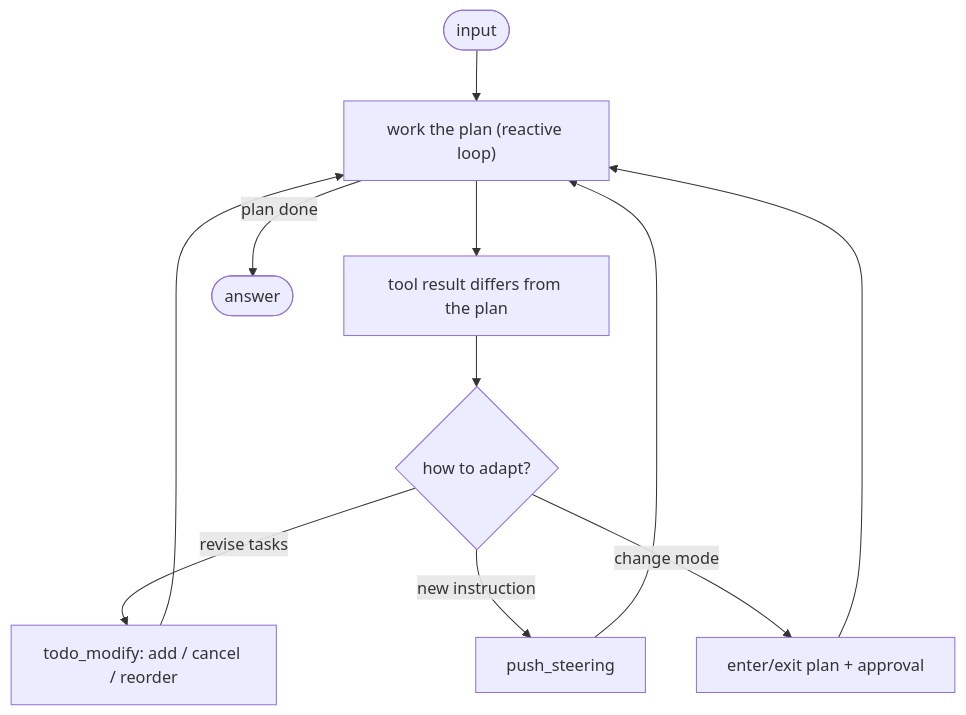
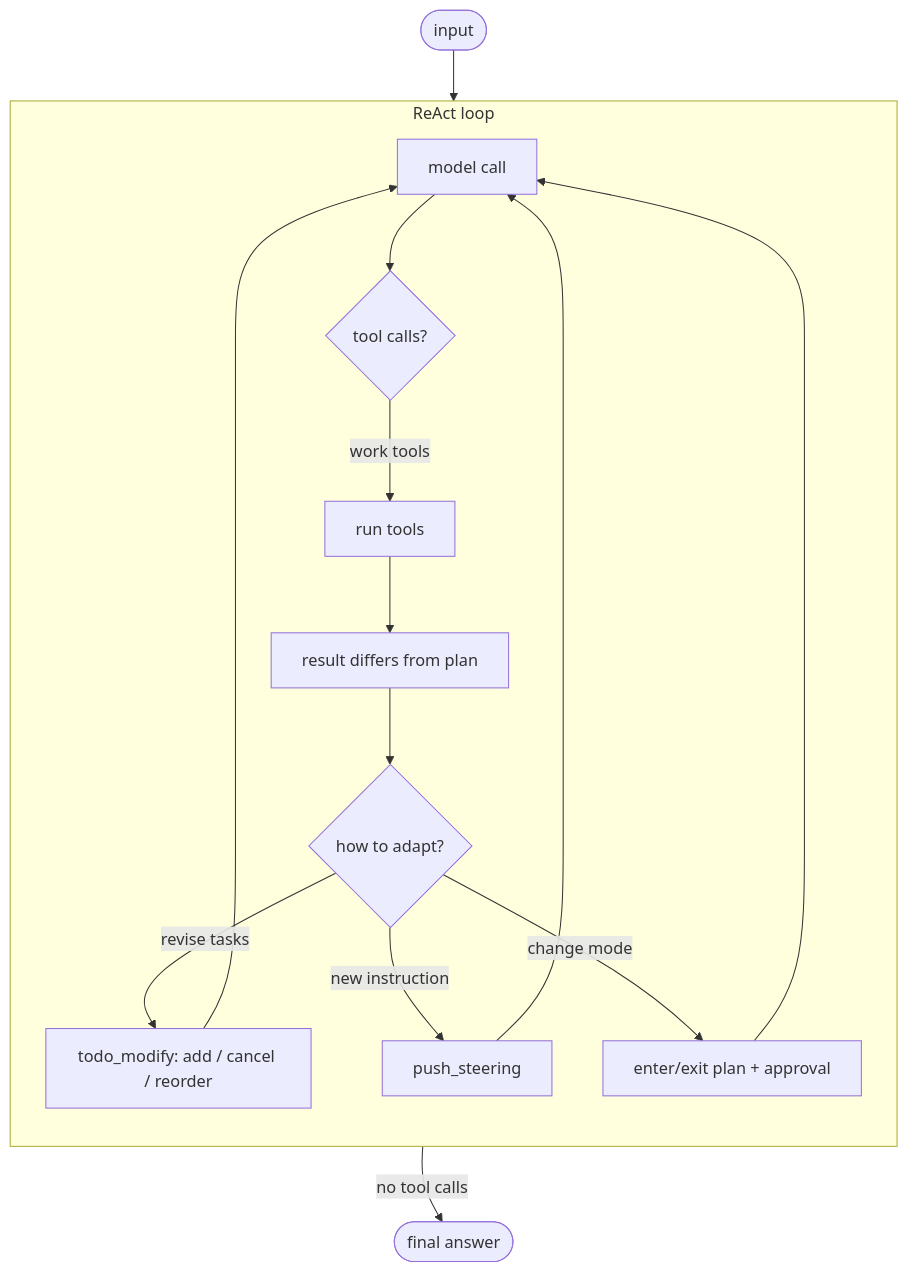
One commit to michaelatamuk/openjiuwen-jiuwenswarm changed diagram 12 of 31 in docs-michael/agent-interview-questions.md. Above: the diagram before and after it, drawn with Mermaid. The commit also changed other lines of this file, not shown here.

````diff
--- a/docs-michael/agent-interview-questions.md
+++ b/docs-michael/agent-interview-questions.md
@@ -210,13 +230,14 @@
 ```mermaid
 flowchart TD
-    I(["input"]) --> W["work the plan (reactive loop)"]
-    W --> R["tool result differs from the plan"]
-    R --> M{"how to adapt?"}
-    M -->|"revise tasks"| T["todo_modify: add / cancel / reorder"]
-    M -->|"new instruction"| S["push_steering"]
-    M -->|"change mode"| P["enter/exit plan + approval"]
-    T --> W
-    S --> W
-    P --> W
-    W -->|"plan done"| A(["answer"])
+    I(["input"]) --> M
+    subgraph LOOP["ReAct loop"]
+    direction TB
+        M["model call"] --> D{"tool calls?"}
+        D -->|"work tools"| W["run tools"] --> RC["result differs from plan"] --> AD{"how to adapt?"}
+        AD -->|"revise tasks"| T["todo_modify: add / cancel / reorder"] --> M
+        AD -->|"new instruction"| S["push_steering"] --> M
+        AD -->|"change mode"| P["enter/exit plan + approval"] --> M
+    end
+    D -->|"no tool calls"| A(["final answer"])
+    T ~~~ A
 ```
````
